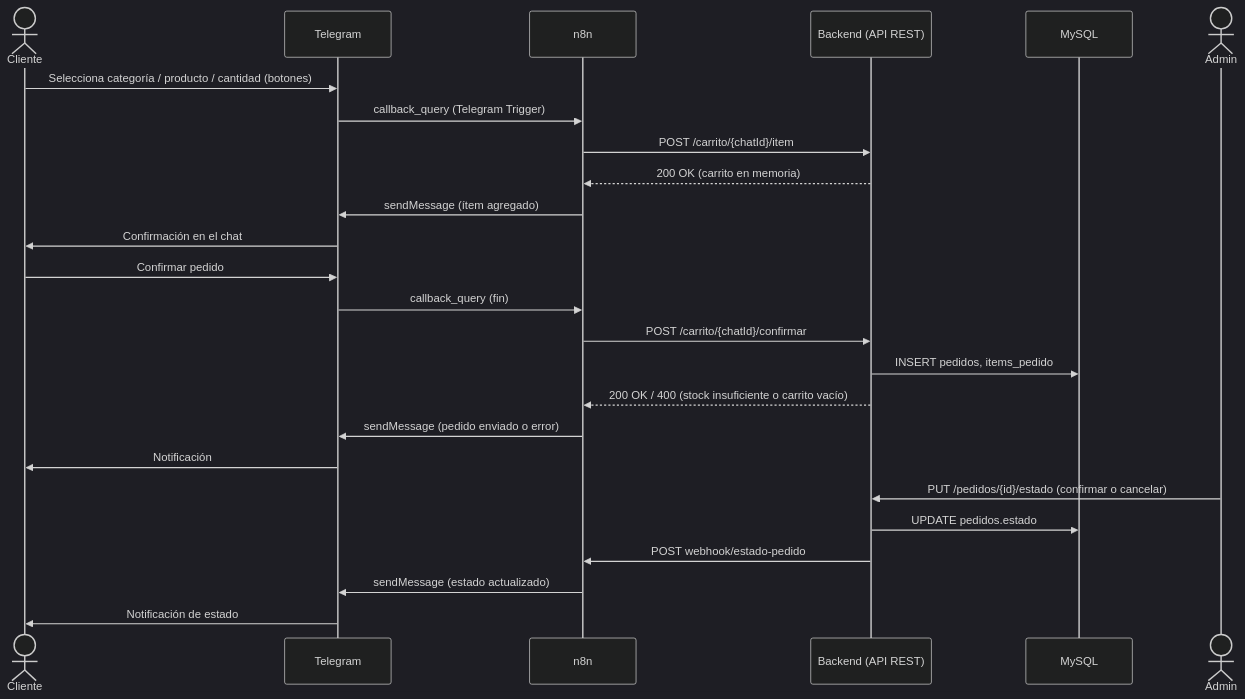
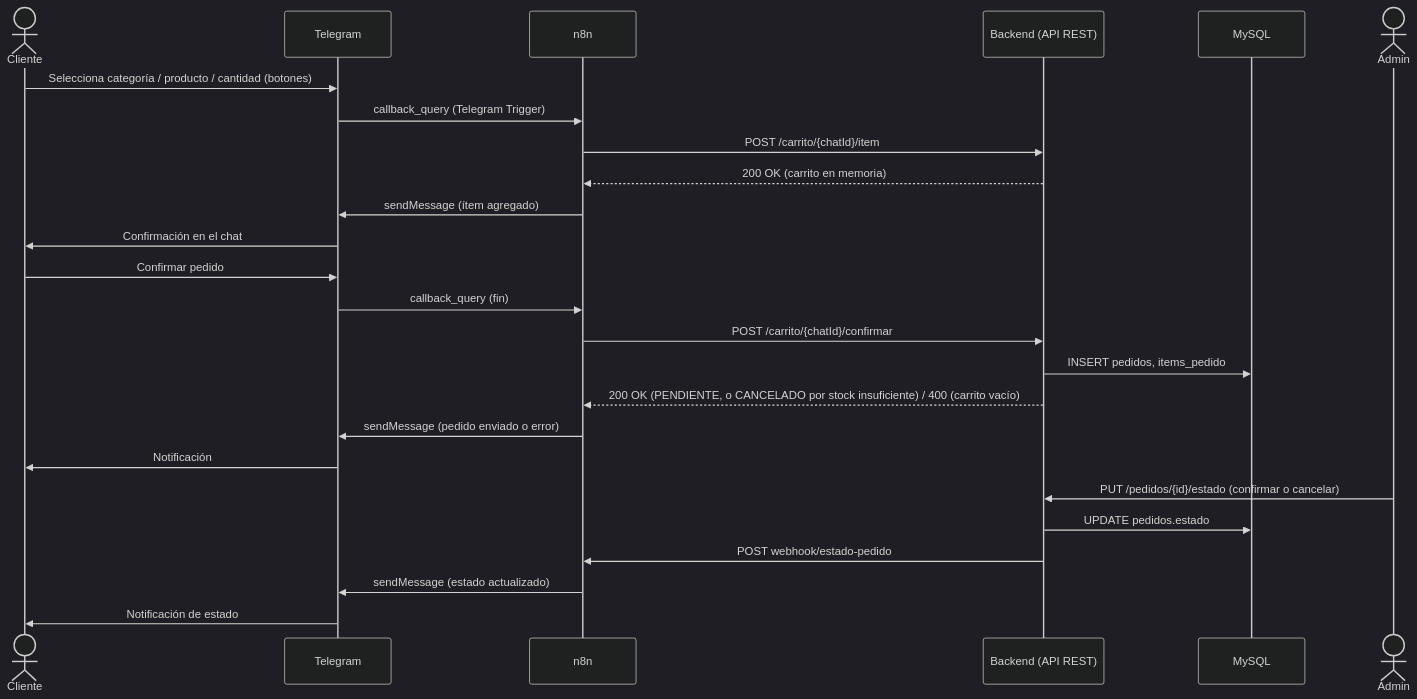
One commit to marianovidela1988-svg/integrador_final changed the diagram in docs/diagramas/diagrama_secuencia.mmd. Above: the diagram before and after it, drawn with Mermaid (dark theme). The commit also changed 76 other files, not shown here.

```diff
--- a/docs/diagramas/diagrama_secuencia.mmd
+++ b/docs/diagramas/diagrama_secuencia.mmd
@@ -1,28 +1,28 @@
 sequenceDiagram
     actor Cliente
     participant TG as Telegram
     participant N8N as n8n
     participant API as Backend (API REST)
     participant DB as MySQL
     actor Admin
 
     Cliente->>TG: Selecciona categoría / producto / cantidad (botones)
     TG->>N8N: callback_query (Telegram Trigger)
     N8N->>API: POST /carrito/{chatId}/item
     API-->>N8N: 200 OK (carrito en memoria)
     N8N->>TG: sendMessage (ítem agregado)
     TG->>Cliente: Confirmación en el chat
 
     Cliente->>TG: Confirmar pedido
     TG->>N8N: callback_query (fin)
     N8N->>API: POST /carrito/{chatId}/confirmar
     API->>DB: INSERT pedidos, items_pedido
-    API-->>N8N: 200 OK / 400 (stock insuficiente o carrito vacío)
+    API-->>N8N: 200 OK (PENDIENTE, o CANCELADO por stock insuficiente) / 400 (carrito vacío)
     N8N->>TG: sendMessage (pedido enviado o error)
     TG->>Cliente: Notificación
 
     Admin->>API: PUT /pedidos/{id}/estado (confirmar o cancelar)
     API->>DB: UPDATE pedidos.estado
     API->>N8N: POST webhook/estado-pedido
     N8N->>TG: sendMessage (estado actualizado)
     TG->>Cliente: Notificación de estado
```
